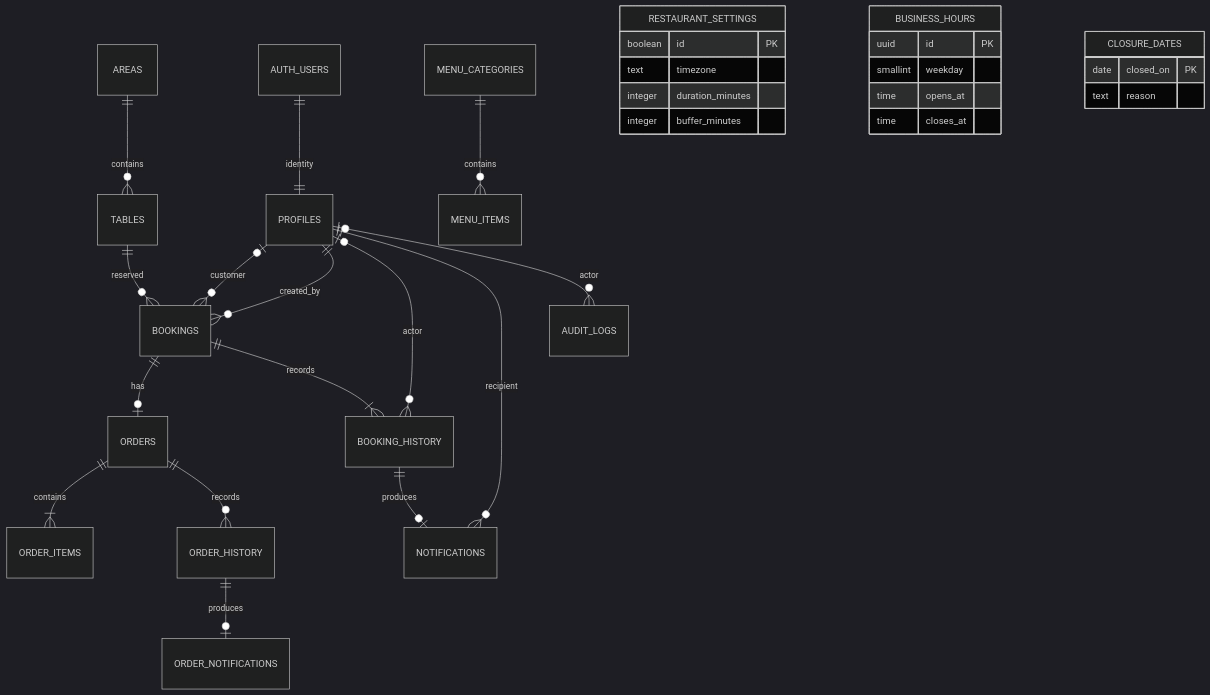
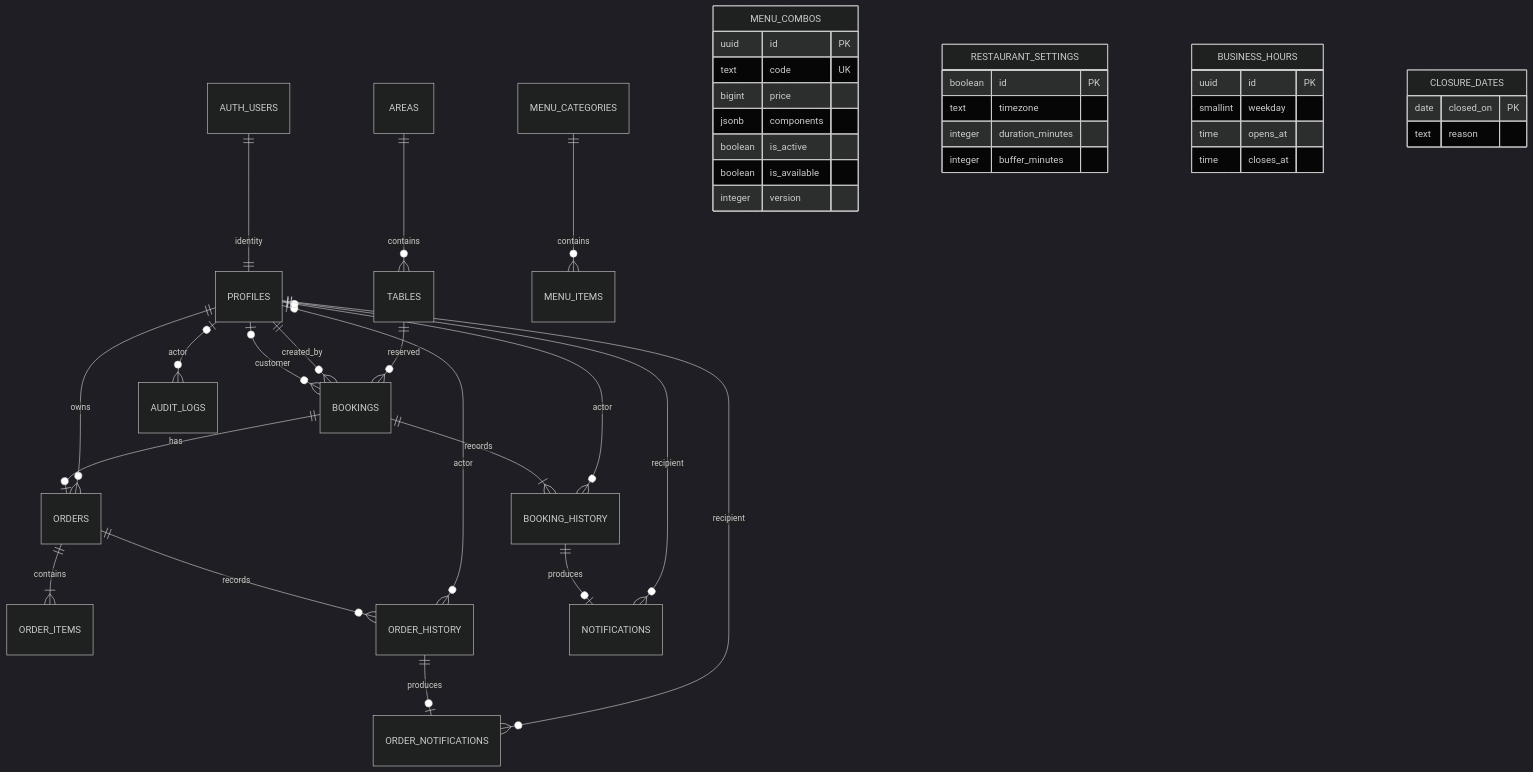
The diagram in docs/database.md (dangtuanminh2702206-wq/nhahang), drawn with Mermaid (dark theme) before and after one commit. The commit also changed other lines of this file and 14 other files, not shown here.

````diff
--- a/docs/database.md
+++ b/docs/database.md
@@ -28,34 +34,46 @@
 ```mermaid
 erDiagram
   AUTH_USERS ||--|| PROFILES : identity
   PROFILES o|--o{ BOOKINGS : customer
   PROFILES ||--o{ BOOKINGS : created_by
   AREAS ||--o{ TABLES : contains
   TABLES ||--o{ BOOKINGS : reserved
   MENU_CATEGORIES ||--o{ MENU_ITEMS : contains
   BOOKINGS ||--o| ORDERS : has
   ORDERS ||--|{ ORDER_ITEMS : contains
   ORDERS ||--o{ ORDER_HISTORY : records
   ORDER_HISTORY ||--o| ORDER_NOTIFICATIONS : produces
+  PROFILES ||--o{ ORDERS : owns
+  PROFILES ||--o{ ORDER_NOTIFICATIONS : recipient
+  PROFILES o|--o{ ORDER_HISTORY : actor
+  MENU_COMBOS {
+    uuid id PK
+    text code UK
+    bigint price
+    jsonb components
+    boolean is_active
+    boolean is_available
+    integer version
+  }
   BOOKINGS ||--|{ BOOKING_HISTORY : records
   PROFILES o|--o{ BOOKING_HISTORY : actor
   BOOKING_HISTORY ||--o| NOTIFICATIONS : produces
   PROFILES ||--o{ NOTIFICATIONS : recipient
   PROFILES o|--o{ AUDIT_LOGS : actor
   RESTAURANT_SETTINGS {
     boolean id PK
     text timezone
     integer duration_minutes
     integer buffer_minutes
   }
   BUSINESS_HOURS {
     uuid id PK
     smallint weekday
     time opens_at
     time closes_at
   }
   CLOSURE_DATES {
     date closed_on PK
     text reason
   }
 ```
````
